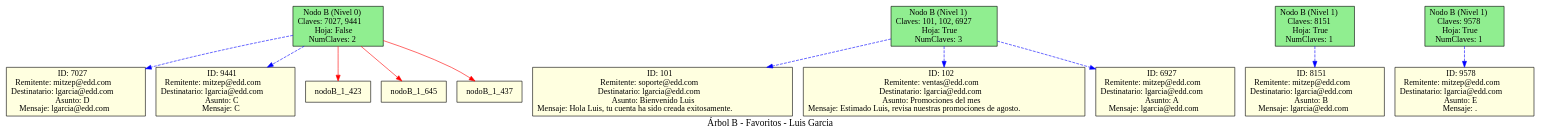
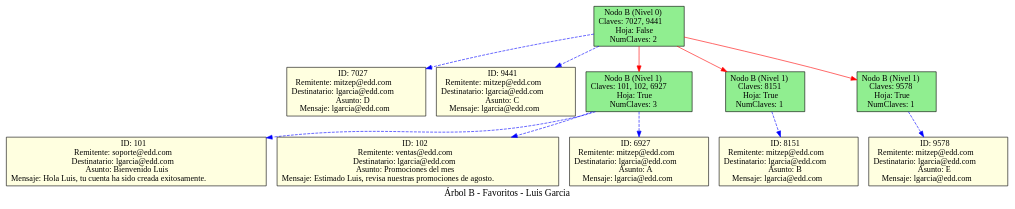
Before and after one commit to JoseArt777/-EDD-1S2025_202100305: the diagram in Fase1/src/lgarcia-Reportes/favoritos_lgarcia.dot, drawn with Graphviz. The commit also changed 13 other files, not shown here.

```diff
--- a/Fase1/src/lgarcia-Reportes/favoritos_lgarcia.dot
+++ b/Fase1/src/lgarcia-Reportes/favoritos_lgarcia.dot
@@ -1,28 +1,28 @@
 digraph G {
     label="Árbol B - Favoritos - Luis Garcia";
     fontsize=16;
     node [shape=box, style=filled, fillcolor=lightyellow];
     nodoB_0_544 [label=<Nodo B (Nivel 0)<BR/>Claves: 7027, 9441<BR/>Hoja: False<BR/>NumClaves: 2>, shape=box, style=filled, fillcolor=lightgreen];
     dato_7027 [label=<ID: 7027<BR/>Remitente: mitzep@edd.com<BR/>Destinatario: lgarcia@edd.com<BR/>Asunto: D<BR/>Mensaje: lgarcia@edd.com>, shape=box, style=filled, fillcolor=lightyellow];
     nodoB_0_544 -> dato_7027 [style=dashed, color=blue];
-    dato_9441 [label=<ID: 9441<BR/>Remitente: mitzep@edd.com<BR/>Destinatario: lgarcia@edd.com<BR/>Asunto: C<BR/>Mensaje: C
->, shape=box, style=filled, fillcolor=lightyellow];
+    dato_9441 [label=<ID: 9441<BR/>Remitente: mitzep@edd.com<BR/>Destinatario: lgarcia@edd.com<BR/>Asunto: C<BR/>Mensaje: lgarcia@edd.com>, shape=box, style=filled, fillcolor=lightyellow];
     nodoB_0_544 -> dato_9441 [style=dashed, color=blue];
     nodoB_1_847 [label=<Nodo B (Nivel 1)<BR/>Claves: 101, 102, 6927<BR/>Hoja: True<BR/>NumClaves: 3>, shape=box, style=filled, fillcolor=lightgreen];
     dato_101 [label=<ID: 101<BR/>Remitente: soporte@edd.com<BR/>Destinatario: lgarcia@edd.com<BR/>Asunto: Bienvenido Luis<BR/>Mensaje: Hola Luis, tu cuenta ha sido creada exitosamente.>, shape=box, style=filled, fillcolor=lightyellow];
     nodoB_1_847 -> dato_101 [style=dashed, color=blue];
     dato_102 [label=<ID: 102<BR/>Remitente: ventas@edd.com<BR/>Destinatario: lgarcia@edd.com<BR/>Asunto: Promociones del mes<BR/>Mensaje: Estimado Luis, revisa nuestras promociones de agosto.>, shape=box, style=filled, fillcolor=lightyellow];
     nodoB_1_847 -> dato_102 [style=dashed, color=blue];
-    dato_6927 [label=<ID: 6927<BR/>Remitente: mitzep@edd.com<BR/>Destinatario: lgarcia@edd.com<BR/>Asunto: A<BR/>Mensaje: lgarcia@edd.com>, shape=box, style=filled, fillcolor=lightyellow];
+    dato_6927 [label=<ID: 6927<BR/>Remitente: mitzep@edd.com<BR/>Destinatario: lgarcia@edd.com<BR/>Asunto: A<BR/>Mensaje: lgarcia@edd.com
+>, shape=box, style=filled, fillcolor=lightyellow];
     nodoB_1_847 -> dato_6927 [style=dashed, color=blue];
-    nodoB_0_544 -> nodoB_1_423 [color=red];
-    nodoB_1_623 [label=<Nodo B (Nivel 1)<BR/>Claves: 8151<BR/>Hoja: True<BR/>NumClaves: 1>, shape=box, style=filled, fillcolor=lightgreen];
+    nodoB_1_423 [label=<Nodo B (Nivel 1)<BR/>Claves: 8151<BR/>Hoja: True<BR/>NumClaves: 1>, shape=box, style=filled, fillcolor=lightgreen];
     dato_8151 [label=<ID: 8151<BR/>Remitente: mitzep@edd.com<BR/>Destinatario: lgarcia@edd.com<BR/>Asunto: B<BR/>Mensaje: lgarcia@edd.com
 >, shape=box, style=filled, fillcolor=lightyellow];
-    nodoB_1_623 -> dato_8151 [style=dashed, color=blue];
-    nodoB_0_544 -> nodoB_1_645 [color=red];
-    nodoB_1_384 [label=<Nodo B (Nivel 1)<BR/>Claves: 9578<BR/>Hoja: True<BR/>NumClaves: 1>, shape=box, style=filled, fillcolor=lightgreen];
-    dato_9578 [label=<ID: 9578<BR/>Remitente: mitzep@edd.com<BR/>Destinatario: lgarcia@edd.com<BR/>Asunto: E<BR/>Mensaje: .>, shape=box, style=filled, fillcolor=lightyellow];
-    nodoB_1_384 -> dato_9578 [style=dashed, color=blue];
-    nodoB_0_544 -> nodoB_1_437 [color=red];
+    nodoB_1_423 -> dato_8151 [style=dashed, color=blue];
+    nodoB_1_623 [label=<Nodo B (Nivel 1)<BR/>Claves: 9578<BR/>Hoja: True<BR/>NumClaves: 1>, shape=box, style=filled, fillcolor=lightgreen];
+    dato_9578 [label=<ID: 9578<BR/>Remitente: mitzep@edd.com<BR/>Destinatario: lgarcia@edd.com<BR/>Asunto: E<BR/>Mensaje: lgarcia@edd.com>, shape=box, style=filled, fillcolor=lightyellow];
+    nodoB_1_623 -> dato_9578 [style=dashed, color=blue];
+    nodoB_0_544 -> nodoB_1_847 [color=red];
+    nodoB_0_544 -> nodoB_1_423 [color=red];
+    nodoB_0_544 -> nodoB_1_623 [color=red];
 }
```
